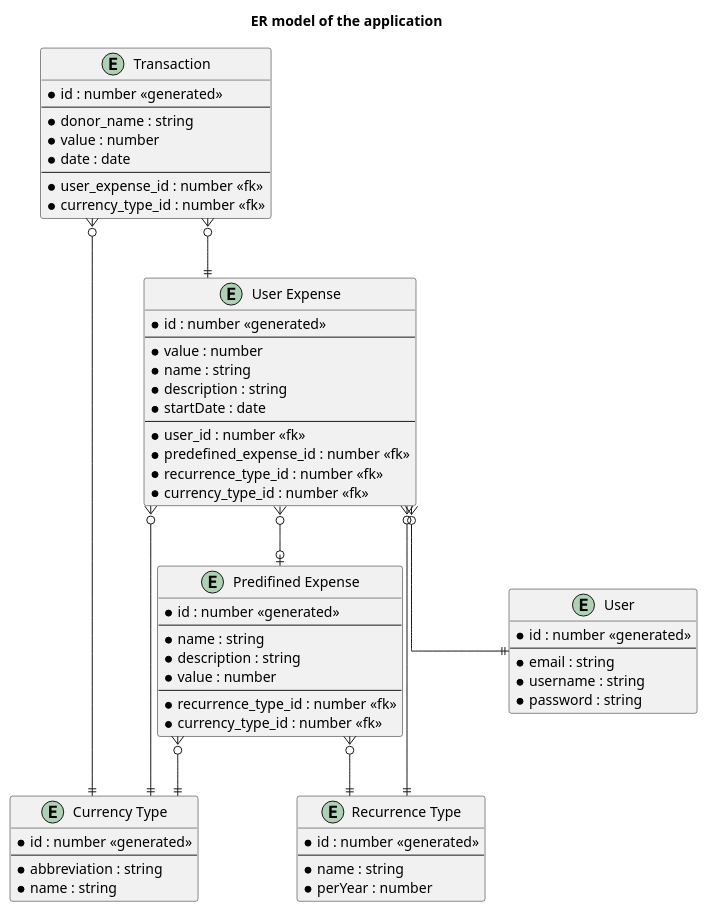
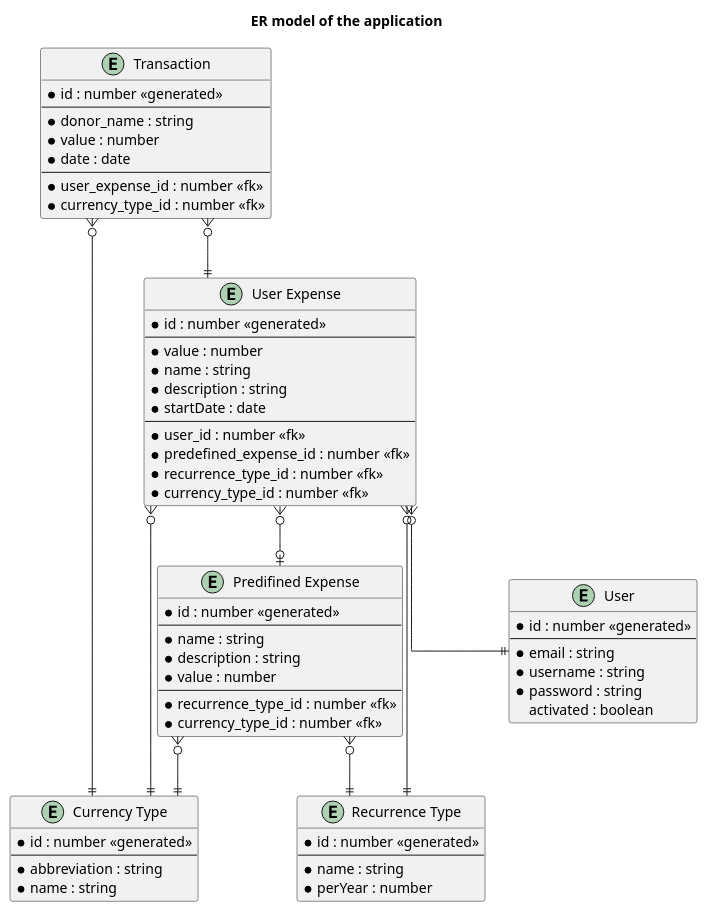
One commit to szattila98/veryrezsi changed the diagram in docs/src/er_model.plantuml. Above: the diagram before and after it, drawn with PlantUML. The commit also changed 36 other files, not shown here.

```diff
--- a/docs/src/er_model.plantuml
+++ b/docs/src/er_model.plantuml
@@ -1,73 +1,74 @@
 @startuml er_model
 title ER model of the application
 ' avoid problems with angled crows feet
 skinparam linetype ortho
 
 entity "Currency Type" as currtp {
   * id : number <<generated>>
   ---
   * abbreviation : string
   * name : string
 }
 
 entity "Recurrence Type" as recurrtp {
   * id : number <<generated>>
   ---
   * name : string
   * perYear : number
 }
 
 entity "Predifined Expense" as pexp {
   * id : number <<generated>>
   ---
   * name : string
   * description : string
   * value : number
   ---
   * recurrence_type_id : number <<fk>>
   * currency_type_id : number <<fk>>
 }
 
 entity "User" as user {
   * id : number <<generated>>
   ---
   * email : string
   * username : string
   * password : string
+  activated : boolean
 }
 
 entity "User Expense" as uexp {
   * id : number <<generated>>
   ---
   * value : number
   * name : string
   * description : string
   * startDate : date
   ---
   * user_id : number <<fk>>
   * predefined_expense_id : number <<fk>>
   * recurrence_type_id : number <<fk>>
   * currency_type_id : number <<fk>>
 }
 
 entity "Transaction" as utran {
   * id : number <<generated>>
   ---
   * donor_name : string
   * value : number
   * date : date
   ---
   * user_expense_id : number <<fk>>
   * currency_type_id : number <<fk>>
 }
 
 uexp }o--|| user
 uexp }o--|| currtp
 uexp }o--|| recurrtp
 
 utran }o--|| uexp
 utran }o--|| currtp
 uexp }o--o| pexp
 pexp }o--|| currtp
 pexp }o--|| recurrtp
 @enduml
```
